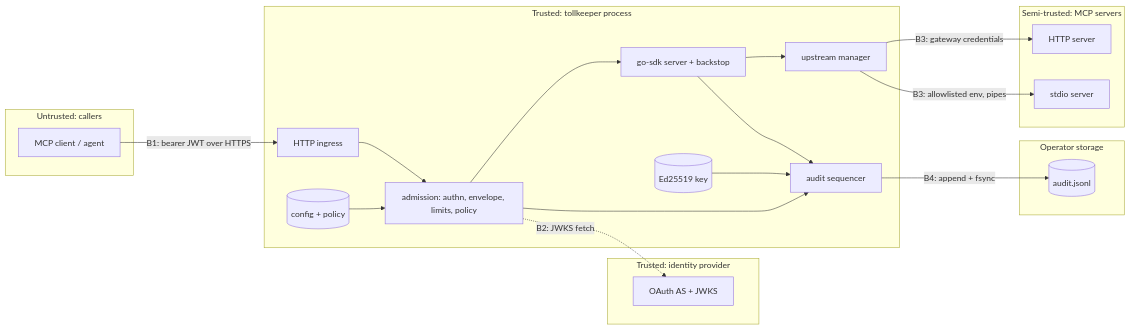
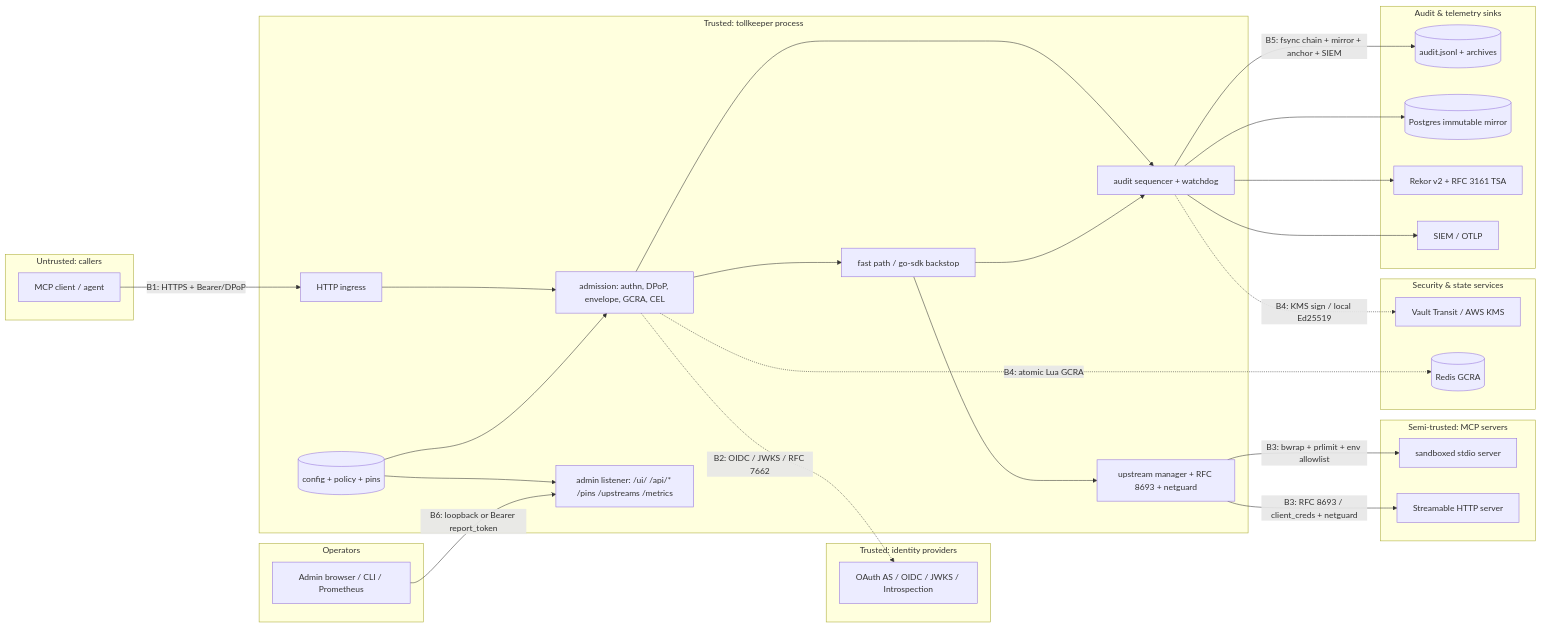
The diagram in docs/threat-model.md (Guilherme-Ciano/tollkeeper), drawn with Mermaid before and after one commit. The commit also changed other lines of this file and 4 other files, not shown here.

````diff
--- a/docs/threat-model.md
+++ b/docs/threat-model.md
@@ -18,30 +21,48 @@
 ```mermaid
 flowchart LR
   subgraph TB1 [Untrusted: callers]
     C[MCP client / agent]
   end
-  subgraph TB2 [Trusted: identity provider]
-    AS[OAuth AS + JWKS]
+  subgraph TB2 [Trusted: identity providers]
+    AS[OAuth AS / OIDC / JWKS / Introspection]
   end
   subgraph TB3 [Trusted: tollkeeper process]
-    IN[HTTP ingress] --> AD[admission: authn, envelope, limits, policy]
-    AD --> SDK[go-sdk server + backstop]
-    SDK --> UM[upstream manager]
-    AD --> SEQ[audit sequencer]
+    IN[HTTP ingress] --> AD[admission: authn, DPoP, envelope, GCRA, CEL]
+    AD --> SDK[fast path / go-sdk backstop]
+    SDK --> UM[upstream manager + RFC 8693 + netguard]
+    AD --> SEQ[audit sequencer + watchdog]
     SDK --> SEQ
-    K[(Ed25519 key)] --> SEQ
-    CFG[(config + policy)] --> AD
+    ADM[admin listener: /ui/ /api/* /pins /upstreams /metrics]
+    CFG[(config + policy + pins)] --> AD
+    CFG --> ADM
   end
   subgraph TB4 [Semi-trusted: MCP servers]
-    U1[stdio server]
-    U2[HTTP server]
+    U1[sandboxed stdio server]
+    U2[Streamable HTTP server]
   end
-  subgraph TB5 [Operator storage]
-    L[(audit.jsonl)]
+  subgraph TB5 [Security & state services]
+    KMS[Vault Transit / AWS KMS]
+    RD[(Redis GCRA)]
   end
-  C -- "B1: bearer JWT over HTTPS" --> IN
-  AD -. "B2: JWKS fetch" .-> AS
-  UM -- "B3: gateway credentials" --> U2
-  UM -- "B3: allowlisted env, pipes" --> U1
-  SEQ -- "B4: append + fsync" --> L
+  subgraph TB6 [Audit & telemetry sinks]
+    L[(audit.jsonl + archives)]
+    PG[(Postgres immutable mirror)]
+    RK[Rekor v2 + RFC 3161 TSA]
+    SM[SIEM / OTLP]
+  end
+  subgraph TB7 [Operators]
+    OP[Admin browser / CLI / Prometheus]
+  end
+
+  C -- "B1: HTTPS + Bearer/DPoP" --> IN
+  AD -. "B2: OIDC / JWKS / RFC 7662" .-> AS
+  UM -- "B3: RFC 8693 / client_creds + netguard" --> U2
+  UM -- "B3: bwrap + prlimit + env allowlist" --> U1
+  SEQ -. "B4: KMS sign / local Ed25519" .-> KMS
+  AD -. "B4: atomic Lua GCRA" .-> RD
+  SEQ -- "B5: fsync chain + mirror + anchor + SIEM" --> L
+  SEQ --> PG
+  SEQ --> RK
+  SEQ --> SM
+  OP -- "B6: loopback or Bearer report_token" --> ADM
 ```
````
